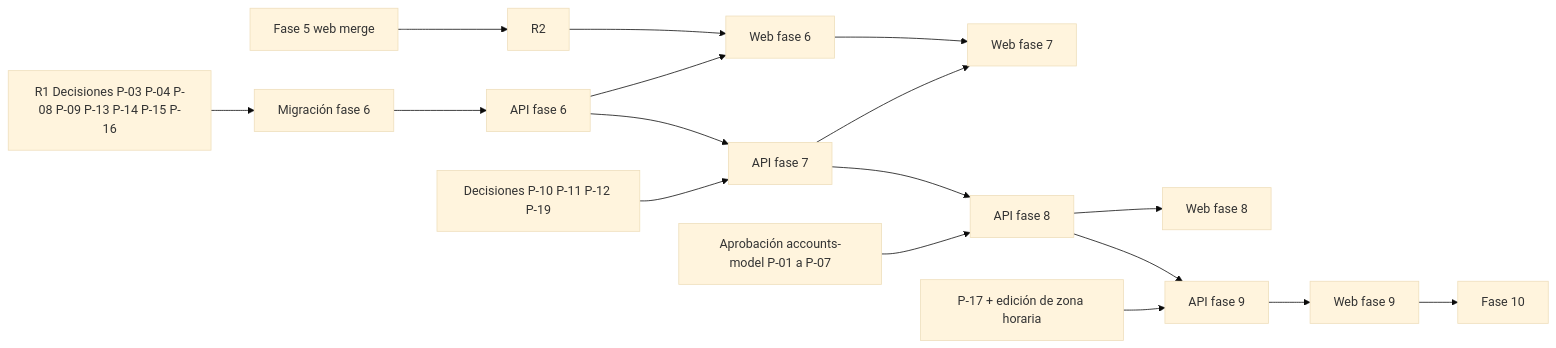
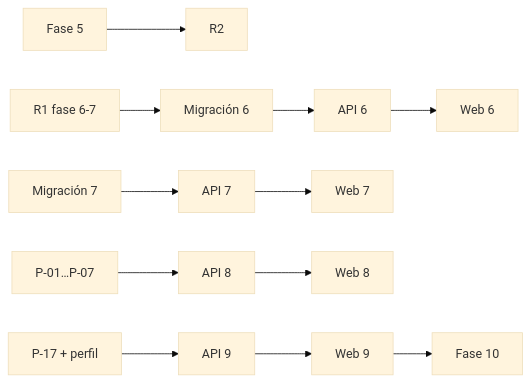
Before and after one commit to lochdeve/wealthspace: the diagram in docs/development/roadmap.md, drawn with Mermaid (base theme). The commit also changed other lines of this file and 6 other files, not shown here.

First line of the commit message:
docs(development): sync roadmaps with MVP phases 0-7 complete

````diff
--- a/docs/development/roadmap.md
+++ b/docs/development/roadmap.md
@@ -55,17 +52,14 @@
 ```mermaid
 flowchart LR
-  F5[Fase 5 web merge] --> R2
-  R1[R1 Decisiones P-03 P-04 P-08 P-09 P-13 P-14 P-15 P-16] --> M6[Migración fase 6]
-  M6 --> A6[API fase 6]
-  A6 --> W6[Web fase 6]
-  R2 --> W6
-  R1b[Decisiones P-10 P-11 P-12 P-19] --> A7[API fase 7]
-  A6 --> A7
-  A7 --> W7[Web fase 7]
-  W6 --> W7
-  ACC[Aprobación accounts-model P-01 a P-07] --> A8[API fase 8]
-  A7 --> A8 --> W8[Web fase 8]
-  P17[P-17 + edición de zona horaria] --> A9[API fase 9]
-  A8 --> A9 --> W9[Web fase 9]
+  F5[Fase 5] --> R2[R2]
+  R1[R1 fase 6-7] --> M6[Migración 6]
+  M6 --> A6[API 6]
+  A6 --> W6[Web 6]
+  M7[Migración 7] --> A7[API 7]
+  A7 --> W7[Web 7]
+  ACC[P-01…P-07] --> A8[API 8]
+  A8 --> W8[Web 8]
+  P17[P-17 + perfil] --> A9[API 9]
+  A9 --> W9[Web 9]
   W9 --> F10[Fase 10]
 ```
````
